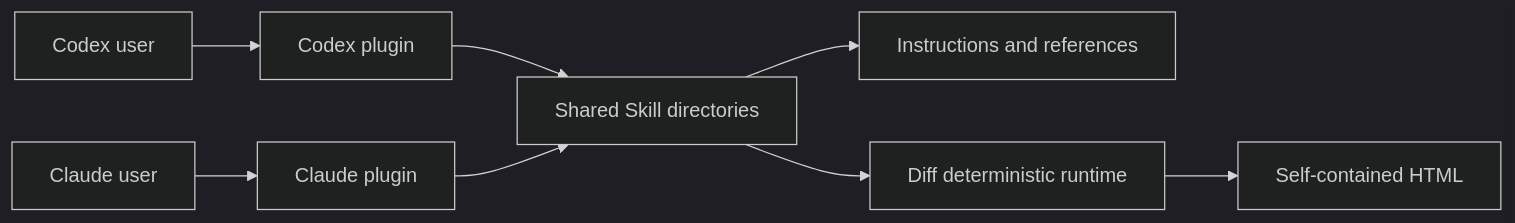
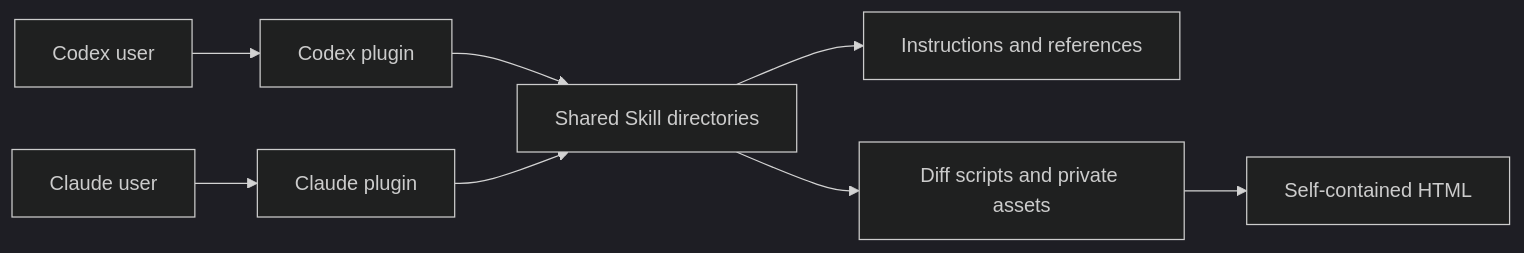
One commit to dkstm95/hope changed the diagram in docs/architecture.md. Above: the diagram before and after it, drawn with Mermaid (dark theme). The commit also changed other lines of this file and 130 other files, not shown here.

````diff
--- a/docs/architecture.md
+++ b/docs/architecture.md
@@ -24,10 +26,10 @@
 ```mermaid
 flowchart LR
   U1["Codex user"] --> C["Codex plugin"]
   U2["Claude user"] --> L["Claude plugin"]
   C --> S["Shared Skill directories"]
   L --> S
   S --> I["Instructions and references"]
-  S --> D["Diff deterministic runtime"]
+  S --> D["Diff scripts and private assets"]
   D --> H["Self-contained HTML"]
 ```
````
